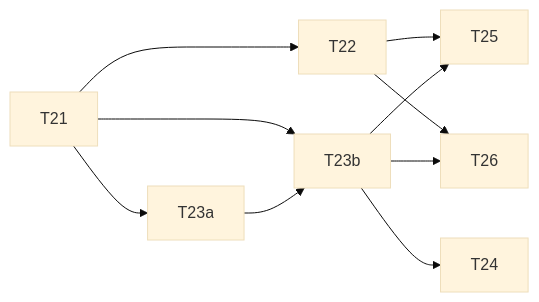
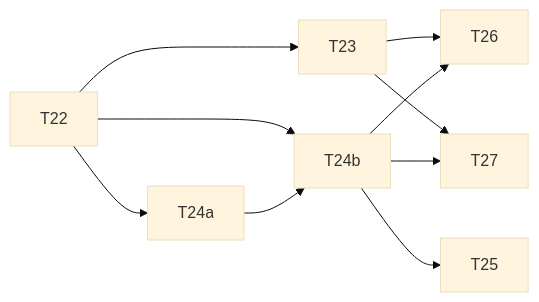
Before and after one commit to xyh-1723/shopping-web: the second of 2 diagrams in docs/评价与售后设计方案.md, drawn with Mermaid (base theme). The commit also changed other lines of this file, not shown here.

````diff
--- a/docs/评价与售后设计方案.md
+++ b/docs/评价与售后设计方案.md
@@ -981,12 +987,12 @@
 ```mermaid
 graph LR
-  T21 --> T22
-  T21 --> T23a
-  T21 --> T23b
-  T23a --> T23b
-  T23b --> T24
-  T22 --> T25
-  T23b --> T25
-  T22 --> T26
-  T23b --> T26
+  T22 --> T23
+  T22 --> T24a
+  T22 --> T24b
+  T24a --> T24b
+  T24b --> T25
+  T23 --> T26
+  T24b --> T26
+  T23 --> T27
+  T24b --> T27
 ```
````
